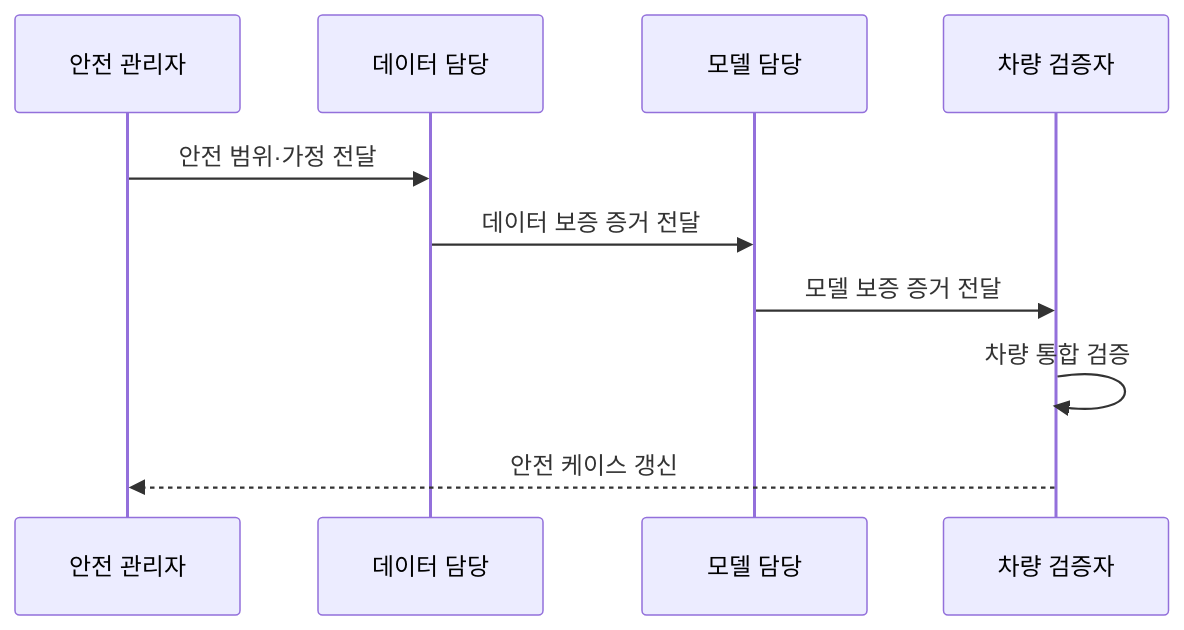
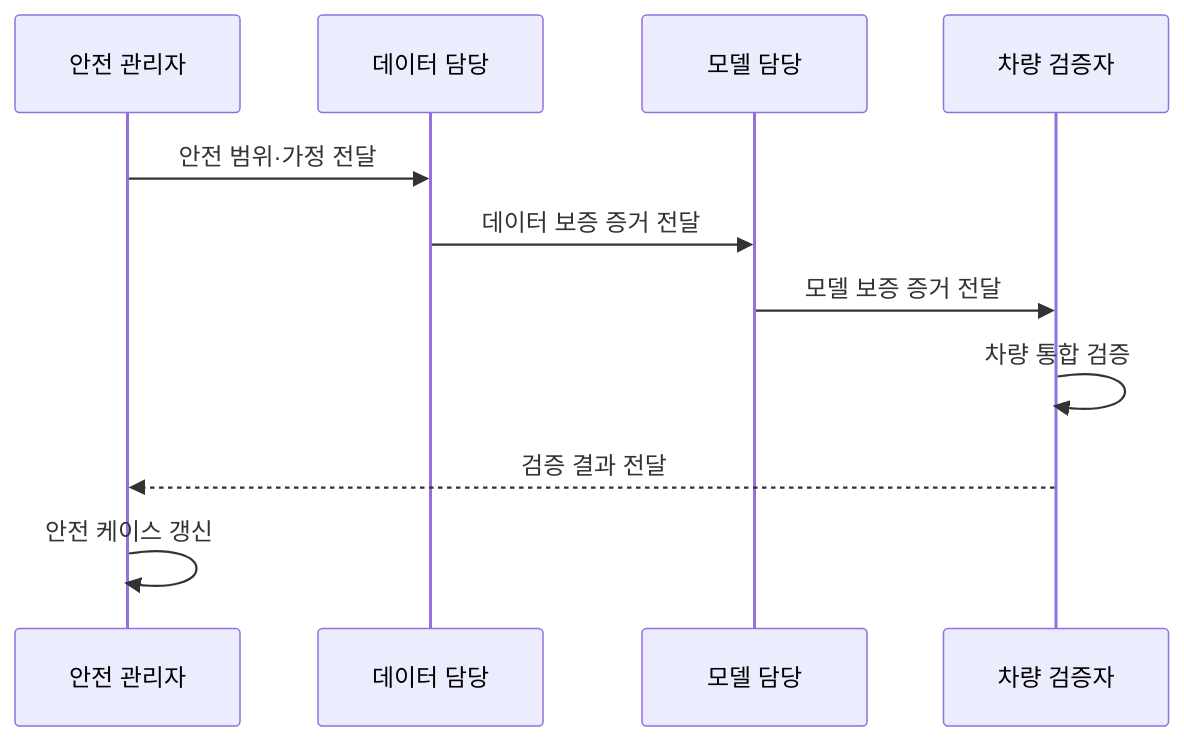
One commit to agnusdei1207/knowledge-base changed the second of 2 diagrams in src/content/docs/notes/05-security/135_iso_pas_8800.md. Above: the diagram before and after it, drawn with Mermaid. The commit also changed other lines of this file and 27 other files, not shown here.

````diff
--- a/src/content/docs/notes/05-security/135_iso_pas_8800.md
+++ b/src/content/docs/notes/05-security/135_iso_pas_8800.md
@@ -80,12 +80,13 @@
 ```mermaid
 sequenceDiagram
     participant A as 안전 관리자
     participant D as 데이터 담당
     participant M as 모델 담당
     participant V as 차량 검증자
     A->>D: 안전 범위·가정 전달
     D->>M: 데이터 보증 증거 전달
     M->>V: 모델 보증 증거 전달
     V->>V: 차량 통합 검증
-    V-->>A: 안전 케이스 갱신
+    V-->>A: 검증 결과 전달
+    A->>A: 안전 케이스 갱신
 ```
````
